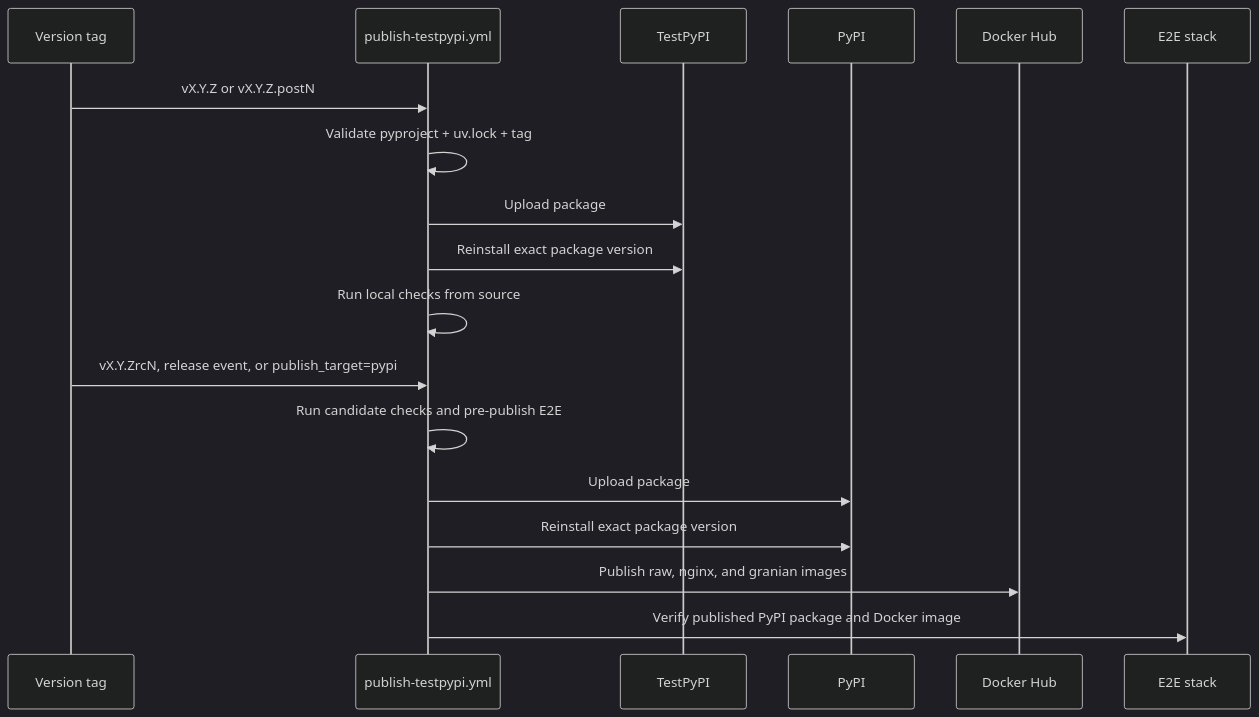
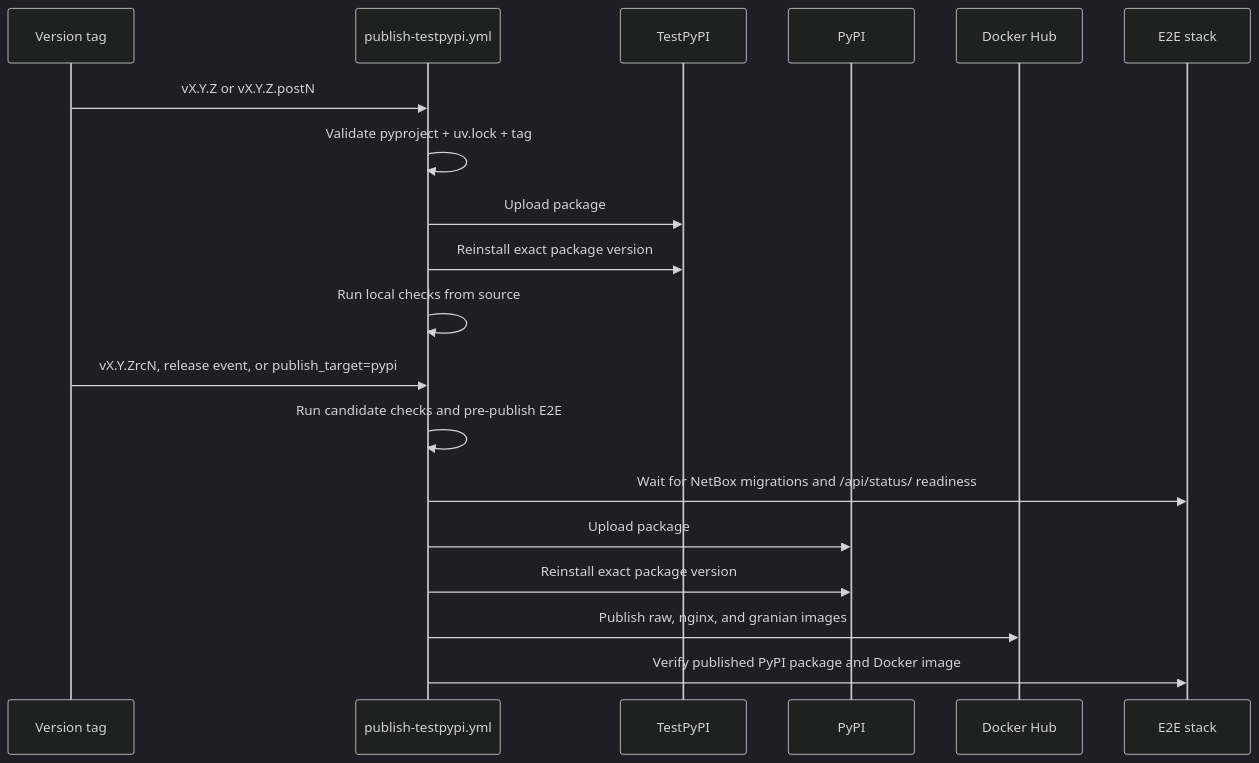
Before and after one commit to emersonfelipesp/proxbox-api: the second of 2 diagrams in docs/development/release-publishing.md, drawn with Mermaid (dark theme). The commit also changed other lines of this file and 8 other files, not shown here.

````diff
--- a/docs/development/release-publishing.md
+++ b/docs/development/release-publishing.md
@@ -49,22 +52,23 @@
 ```mermaid
 sequenceDiagram
     participant Tag as Version tag
     participant WF as publish-testpypi.yml
     participant TP as TestPyPI
     participant PY as PyPI
     participant DH as Docker Hub
     participant E2E as E2E stack
 
     Tag->>WF: vX.Y.Z or vX.Y.Z.postN
     WF->>WF: Validate pyproject + uv.lock + tag
     WF->>TP: Upload package
     WF->>TP: Reinstall exact package version
     WF->>WF: Run local checks from source
 
     Tag->>WF: vX.Y.ZrcN, release event, or publish_target=pypi
     WF->>WF: Run candidate checks and pre-publish E2E
+    WF->>E2E: Wait for NetBox migrations and /api/status/ readiness
     WF->>PY: Upload package
     WF->>PY: Reinstall exact package version
     WF->>DH: Publish raw, nginx, and granian images
     WF->>E2E: Verify published PyPI package and Docker image
 ```
````
